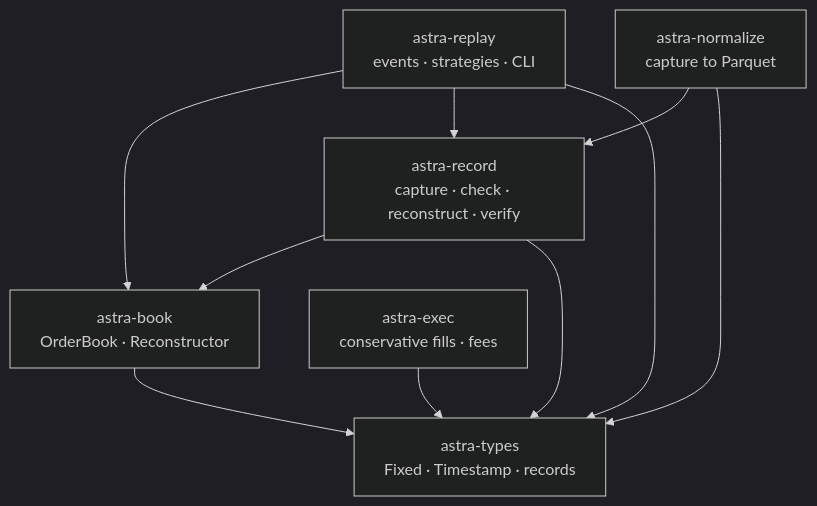
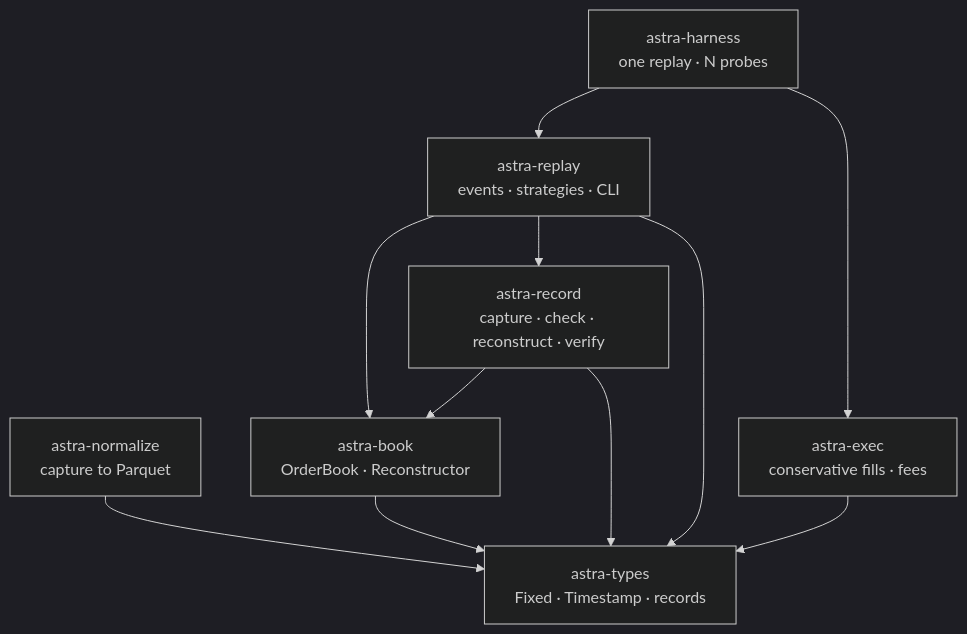
Before and after one commit to VarunGore36/AstralProject: the second of 6 diagrams in README.md, drawn with Mermaid (dark theme). The commit also changed other lines of this file and 19 other files, not shown here.

First line of the commit message:
Benchmark harness v1: one capture plus one config into a hashed report

````diff
--- a/README.md
+++ b/README.md
@@ -151,18 +153,20 @@
 ```mermaid
 flowchart TD
     RP[astra-replay<br/>events · strategies · CLI]
     NZ[astra-normalize<br/>capture to Parquet]
     RC[astra-record<br/>capture · check · reconstruct · verify]
     BK[astra-book<br/>OrderBook · Reconstructor]
     EX[astra-exec<br/>conservative fills · fees]
     RT[astra-types<br/>Fixed · Timestamp · records]
     RP --> BK
     RP --> RC
     RP --> RT
-    NZ --> RC
     NZ --> RT
     RC --> BK
     RC --> RT
     BK --> RT
     EX --> RT
+    HN[astra-harness<br/>one replay · N probes]
+    HN --> RP
+    HN --> EX
 ```
````
